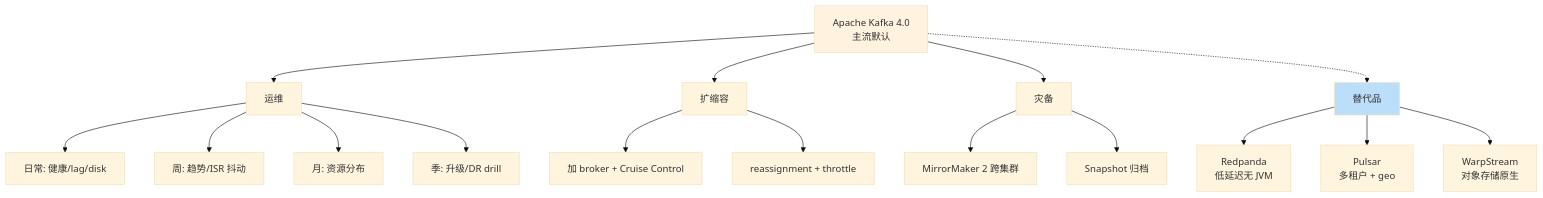
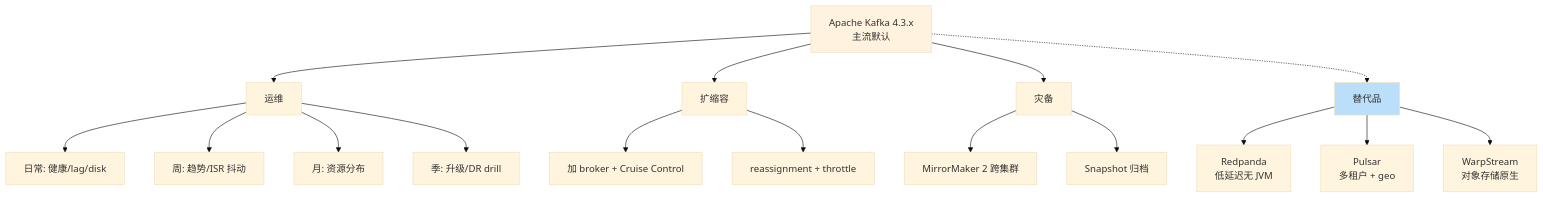
The second of 2 diagrams in kafka/12-精通-生产运维.md (Kirby980/backend-handbook), drawn with Mermaid (base theme) before and after one commit. The commit also changed other lines of this file and 135 other files, not shown here.

````diff
--- a/kafka/12-精通-生产运维.md
+++ b/kafka/12-精通-生产运维.md
@@ -614,25 +615,25 @@
 ```mermaid
 graph TD
-    Kafka[Apache Kafka 4.0<br>主流默认]
+    Kafka[Apache Kafka 4.3.x<br>主流默认]
     Kafka --> Ops[运维]
     Ops --> D[日常: 健康/lag/disk]
     Ops --> W[周: 趋势/ISR 抖动]
     Ops --> M[月: 资源分布]
     Ops --> Q[季: 升级/DR drill]
 
     Kafka --> Scale[扩缩容]
     Scale --> Add[加 broker + Cruise Control]
     Scale --> Reass[reassignment + throttle]
 
     Kafka --> DR[灾备]
     DR --> MM[MirrorMaker 2 跨集群]
     DR --> Snap[Snapshot 归档]
 
     Kafka -.-> Alt[替代品]
     Alt --> RP[Redpanda<br>低延迟无 JVM]
     Alt --> PL[Pulsar<br>多租户 + geo]
     Alt --> WS[WarpStream<br>对象存储原生]
 
     style Kafka fill:#fff3e0
     style Alt fill:#bbdefb
 ```
````
